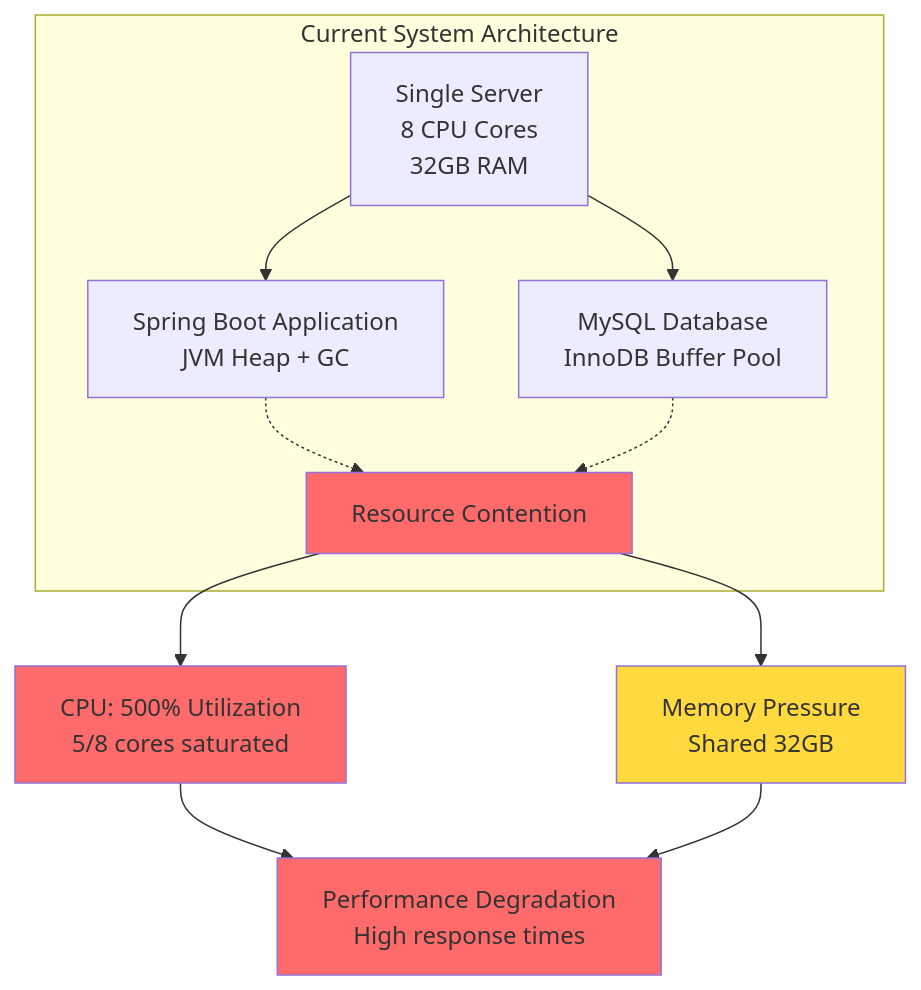
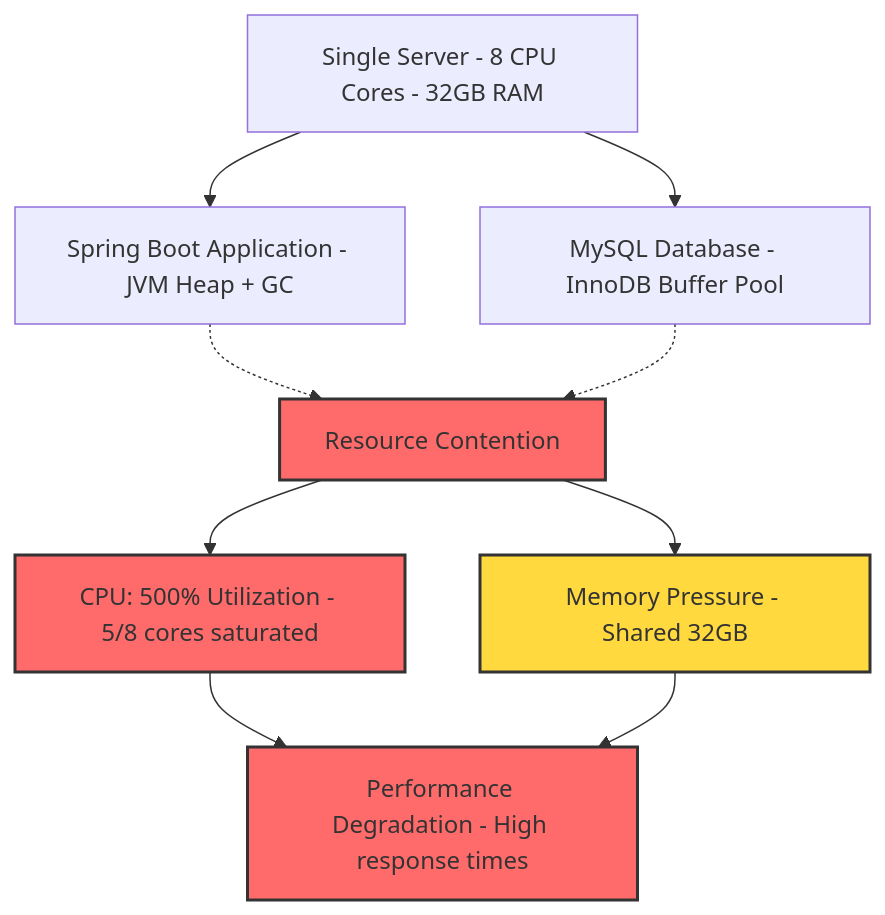
The third of 5 diagrams in vendor-portal-report.md (gohilmahaveer/json-format-service), drawn with Mermaid before and after one commit. The commit also changed other lines of this file, not shown here.

````diff
--- a/vendor-portal-report.md
+++ b/vendor-portal-report.md
@@ -95,29 +96,24 @@
 ```mermaid
-graph TD
-    subgraph "Current System Architecture"
-        A[Single Server<br/>8 CPU Cores<br/>32GB RAM]
-        B[Spring Boot Application<br/>JVM Heap + GC]
-        C[MySQL Database<br/>InnoDB Buffer Pool]
-        
-        A --> B
-        A --> C
-        
-        D[Resource Contention]
-        B -.-> D
-        C -.-> D
-    end
+flowchart TD
+    A[Single Server - 8 CPU Cores - 32GB RAM]
+    B[Spring Boot Application - JVM Heap + GC]
+    C[MySQL Database - InnoDB Buffer Pool]
+    D[Resource Contention]
+    E[CPU: 500% Utilization - 5/8 cores saturated]
+    F[Memory Pressure - Shared 32GB]
+    G[Performance Degradation - High response times]
     
-    E[CPU: 500% Utilization<br/>5/8 cores saturated]
-    F[Memory Pressure<br/>Shared 32GB]
-    G[Performance Degradation<br/>High response times]
-    
+    A --> B
+    A --> C
+    B -.-> D
+    C -.-> D
     D --> E
     D --> F
     E --> G
     F --> G
     
-    style D fill:#ff6b6b
-    style E fill:#ff6b6b
-    style F fill:#ffd93d
-    style G fill:#ff6b6b
+    style D fill:#ff6b6b,stroke:#333,stroke-width:2px
+    style E fill:#ff6b6b,stroke:#333,stroke-width:2px
+    style F fill:#ffd93d,stroke:#333,stroke-width:2px
+    style G fill:#ff6b6b,stroke:#333,stroke-width:2px
 ```
````
